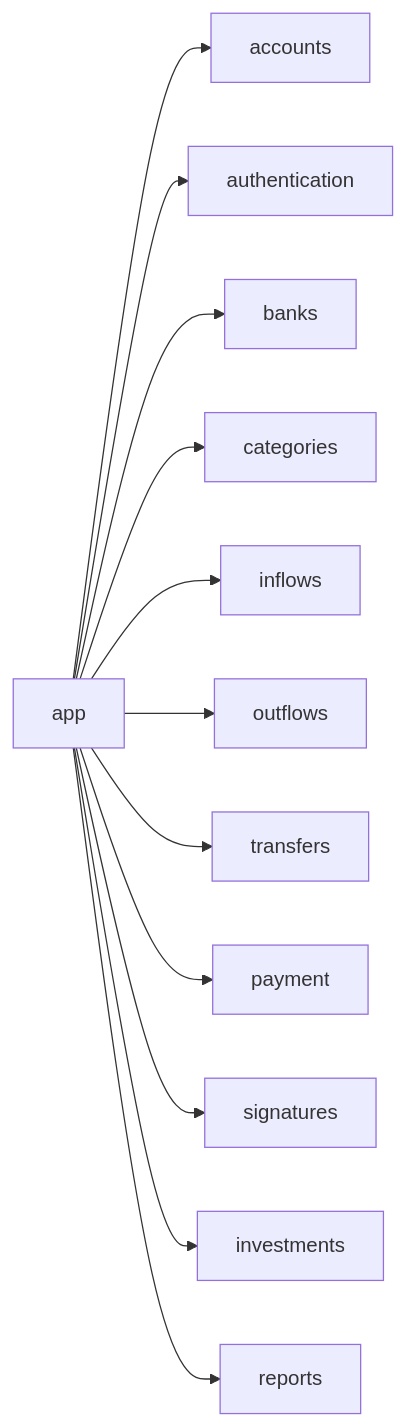
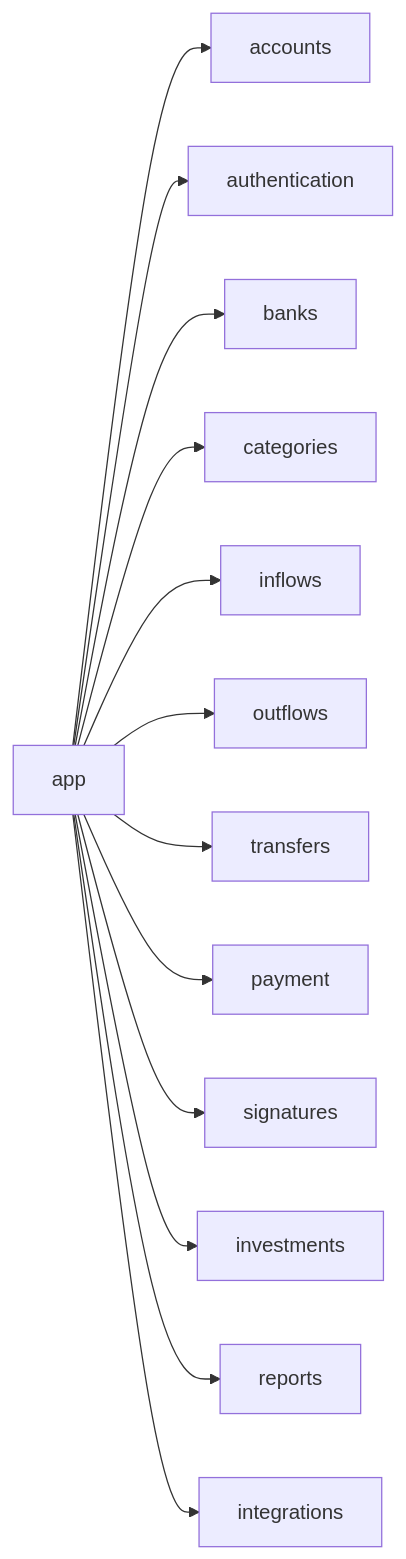
The diagram in docs/apps.md (guilhermeAndrade07/gaw-finance), drawn with Mermaid before and after one commit. The commit also changed other lines of this file and 25 other files, not shown here.

````diff
--- a/docs/apps.md
+++ b/docs/apps.md
@@ -5,27 +5,29 @@
 ```mermaid
 graph LR
     App[app]
     Accounts[accounts]
     Auth[authentication]
     Banks[banks]
     Categories[categories]
     Inflows[inflows]
     Outflows[outflows]
     Transfers[transfers]
     Payment[payment]
     Signatures[signatures]
     Investments[investments]
     Reports[reports]
+    Integrations[integrations]
 
     App --> Accounts
     App --> Auth
     App --> Banks
     App --> Categories
     App --> Inflows
     App --> Outflows
     App --> Transfers
     App --> Payment
     App --> Signatures
     App --> Investments
     App --> Reports
+    App --> Integrations
 ```
````
